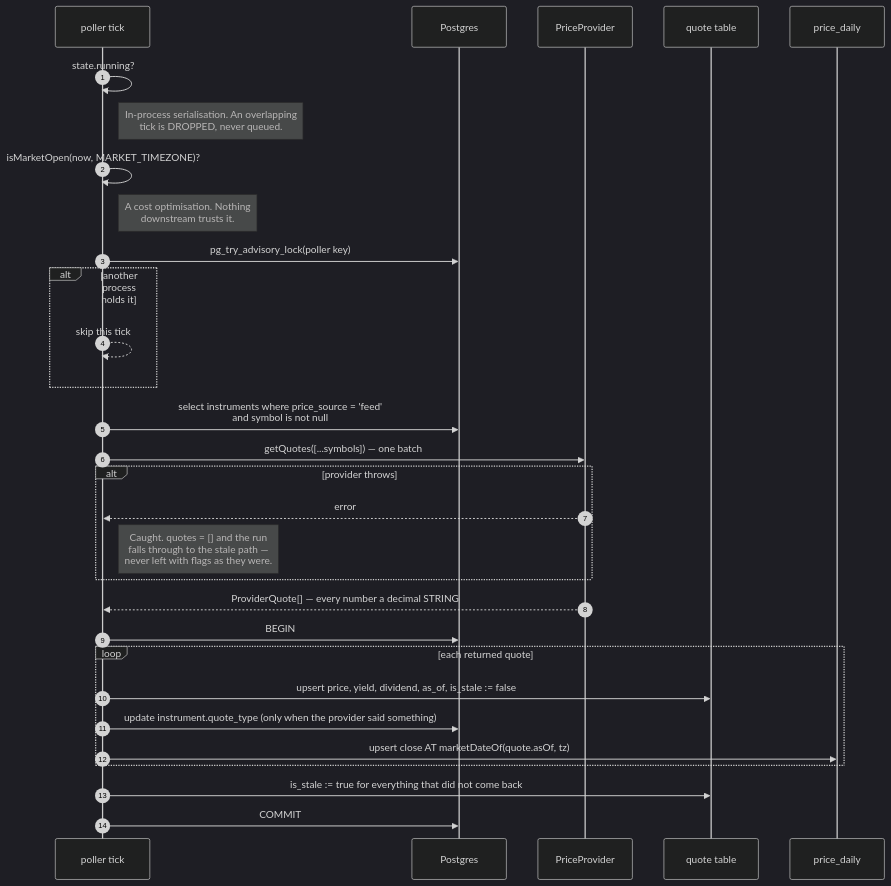
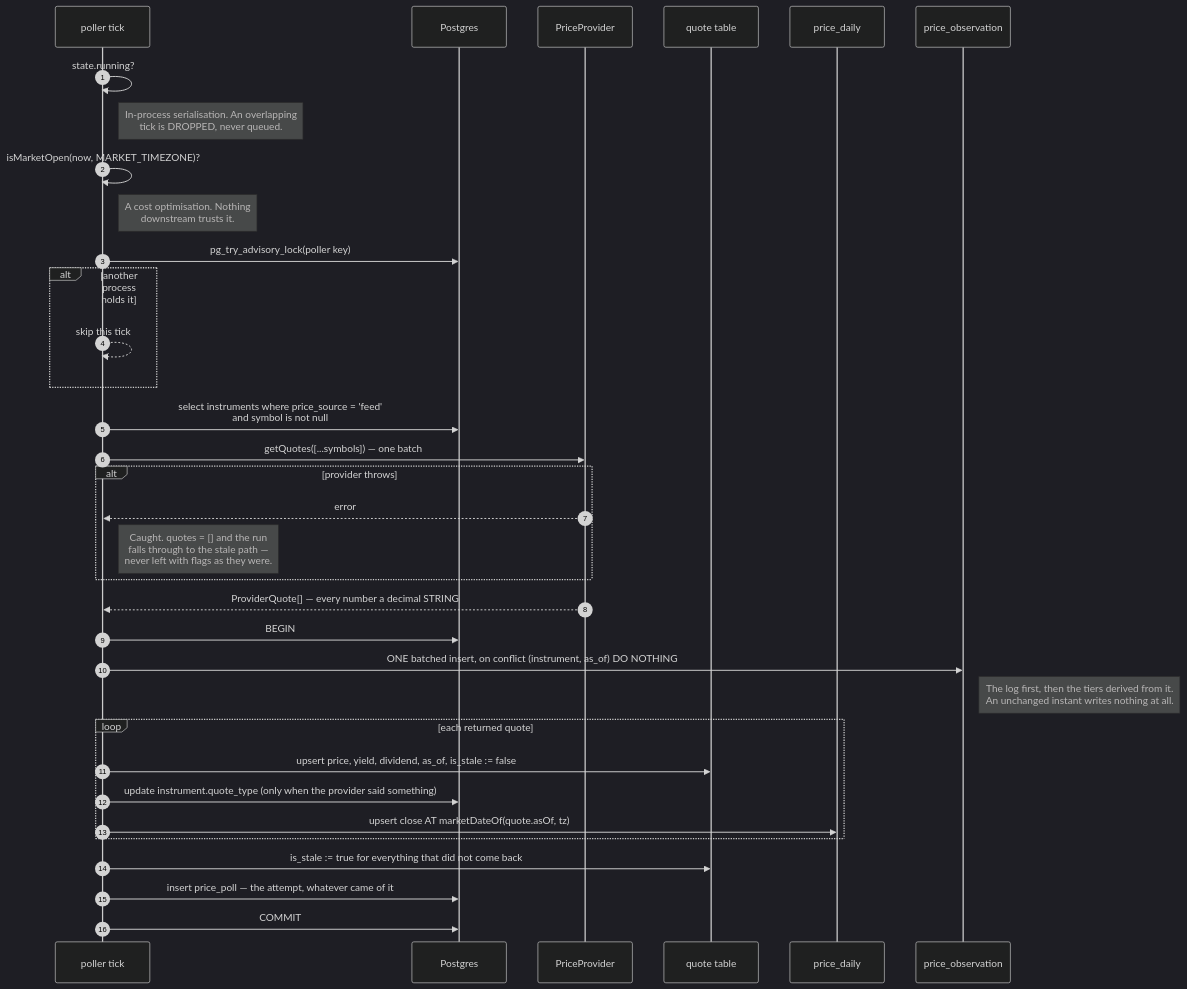
The tenth of 10 diagrams in ARCHITECTURE.md (chethan123/portfolio), drawn with Mermaid (dark theme) before and after one commit. The commit also changed other lines of this file and 6 other files, not shown here.

````diff
--- a/ARCHITECTURE.md
+++ b/ARCHITECTURE.md
@@ -1018,33 +1039,37 @@
 ```mermaid
 sequenceDiagram
     autonumber
     participant T as poller tick
     participant PG as Postgres
     participant P as PriceProvider
     participant Q as quote table
     participant D as price_daily
+    participant O as price_observation
 
     T->>T: state.running?
     Note right of T: In-process serialisation. An overlapping<br/>tick is DROPPED, never queued.
     T->>T: isMarketOpen(now, MARKET_TIMEZONE)?
     Note right of T: A cost optimisation. Nothing<br/>downstream trusts it.
     T->>PG: pg_try_advisory_lock(poller key)
     alt another process holds it
         T-->>T: skip this tick
     end
     T->>PG: select instruments where price_source = 'feed'<br/>and symbol is not null
     T->>P: getQuotes([...symbols]) — one batch
     alt provider throws
         P-->>T: error
         Note right of T: Caught. quotes = [] and the run<br/>falls through to the stale path —<br/>never left with flags as they were.
     end
     P-->>T: ProviderQuote[] — every number a decimal STRING
     T->>PG: BEGIN
+    T->>O: ONE batched insert, on conflict (instrument, as_of) DO NOTHING
+    Note right of O: The log first, then the tiers derived from it.<br/>An unchanged instant writes nothing at all.
     loop each returned quote
         T->>Q: upsert price, yield, dividend, as_of, is_stale := false
         T->>PG: update instrument.quote_type (only when the provider said something)
         T->>D: upsert close AT marketDateOf(quote.asOf, tz)
     end
     T->>Q: is_stale := true for everything that did not come back
+    T->>PG: insert price_poll — the attempt, whatever came of it
     T->>PG: COMMIT
 ```
````
